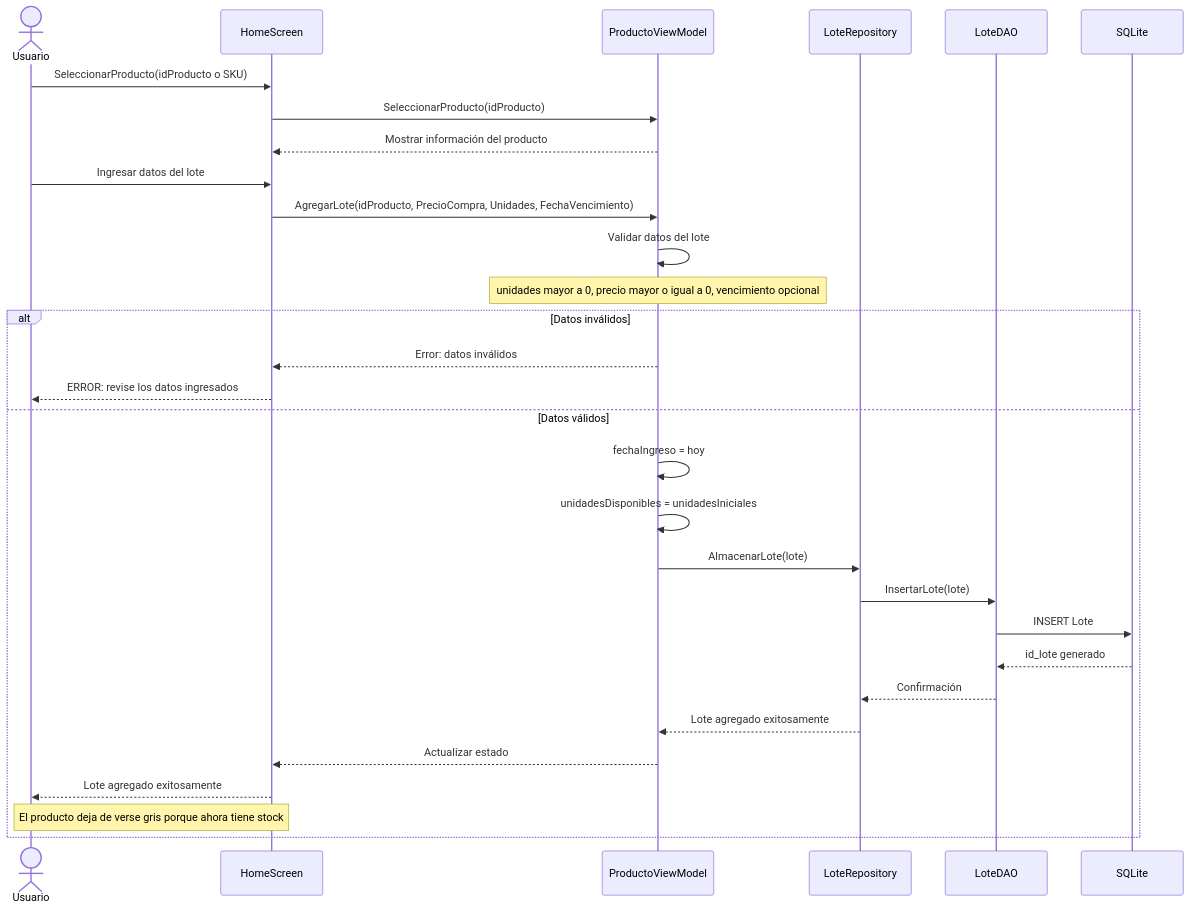
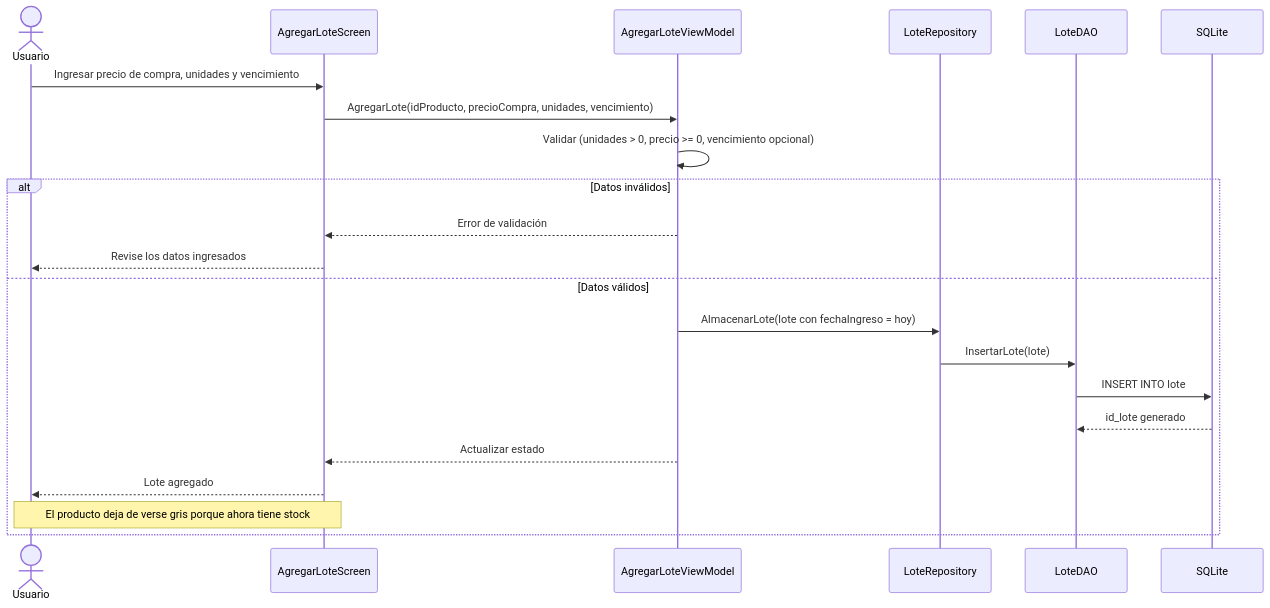
Before and after one commit to CokkeDev/Mi-Negocio: the fourth of 6 diagrams in README.md, drawn with Mermaid. The commit also changed other lines of this file and 7 other files, not shown here.

````diff
--- a/README.md
+++ b/README.md
@@ -154,36 +205,26 @@
 ```mermaid
 sequenceDiagram
     actor Usuario
-    participant View as HomeScreen
-    participant VM as ProductoViewModel
+    participant View as AgregarLoteScreen
+    participant VM as AgregarLoteViewModel
     participant Repo as LoteRepository
     participant DAO as LoteDAO
     participant DB as SQLite
 
-    Usuario->>View: SeleccionarProducto(idProducto o SKU)
-    View->>VM: SeleccionarProducto(idProducto)
-    VM-->>View: Mostrar información del producto
-
-    Usuario->>View: Ingresar datos del lote
-    View->>VM: AgregarLote(idProducto, PrecioCompra, Unidades, FechaVencimiento)
-
-    VM->>VM: Validar datos del lote
-    Note over VM: unidades mayor a 0, precio mayor o igual a 0, vencimiento opcional
+    Usuario->>View: Ingresar precio de compra, unidades y vencimiento
+    View->>VM: AgregarLote(idProducto, precioCompra, unidades, vencimiento)
+    VM->>VM: Validar (unidades > 0, precio >= 0, vencimiento opcional)
 
     alt Datos inválidos
-        VM-->>View: Error: datos inválidos
-        View-->>Usuario: ERROR: revise los datos ingresados
+        VM-->>View: Error de validación
+        View-->>Usuario: Revise los datos ingresados
     else Datos válidos
-        VM->>VM: fechaIngreso = hoy
-        VM->>VM: unidadesDisponibles = unidadesIniciales
-        VM->>Repo: AlmacenarLote(lote)
+        VM->>Repo: AlmacenarLote(lote con fechaIngreso = hoy)
         Repo->>DAO: InsertarLote(lote)
-        DAO->>DB: INSERT Lote
+        DAO->>DB: INSERT INTO lote
         DB-->>DAO: id_lote generado
-        DAO-->>Repo: Confirmación
-        Repo-->>VM: Lote agregado exitosamente
         VM-->>View: Actualizar estado
-        View-->>Usuario: Lote agregado exitosamente
+        View-->>Usuario: Lote agregado
         Note over View,Usuario: El producto deja de verse gris porque ahora tiene stock
     end
 ```
````
